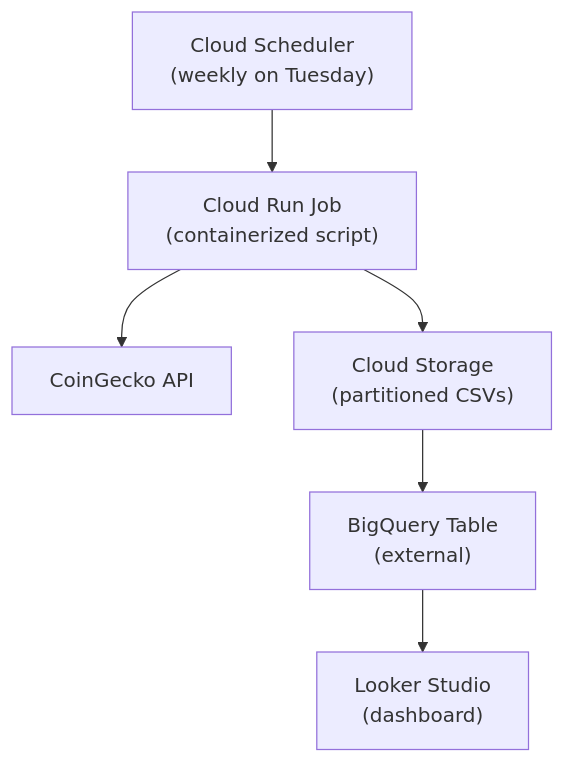
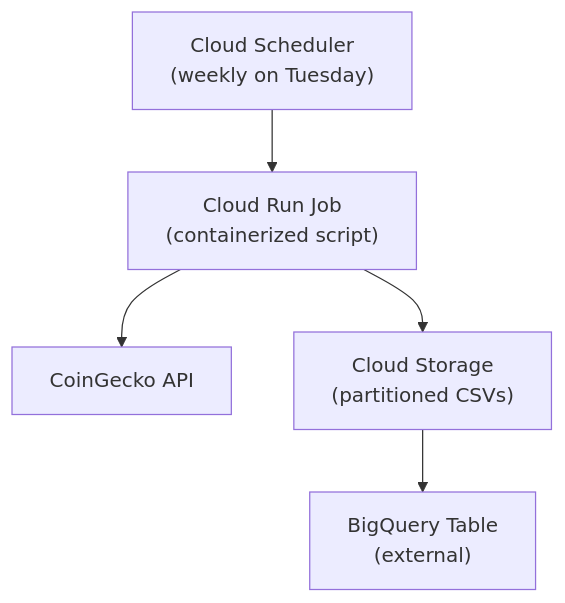
Before and after one commit to LucasMirandaVS/coin_tracker: the diagram in README.md, drawn with Mermaid. The commit also changed other lines of this file, not shown here.

````diff
--- a/README.md
+++ b/README.md
@@ -45,15 +37,13 @@
 ```mermaid
 graph TD;
     Scheduler["Cloud Scheduler<br>(weekly on Tuesday)"]
     RunJob["Cloud Run Job<br>(containerized script)"]
     API["CoinGecko API"]
     GCS["Cloud Storage<br>(partitioned CSVs)"]
     BigQuery["BigQuery Table<br>(external)"]
-    Looker["Looker Studio<br>(dashboard)"]
 
     Scheduler --> RunJob
     RunJob --> API
     RunJob --> GCS
     GCS --> BigQuery
-    BigQuery --> Looker
 ```
````
